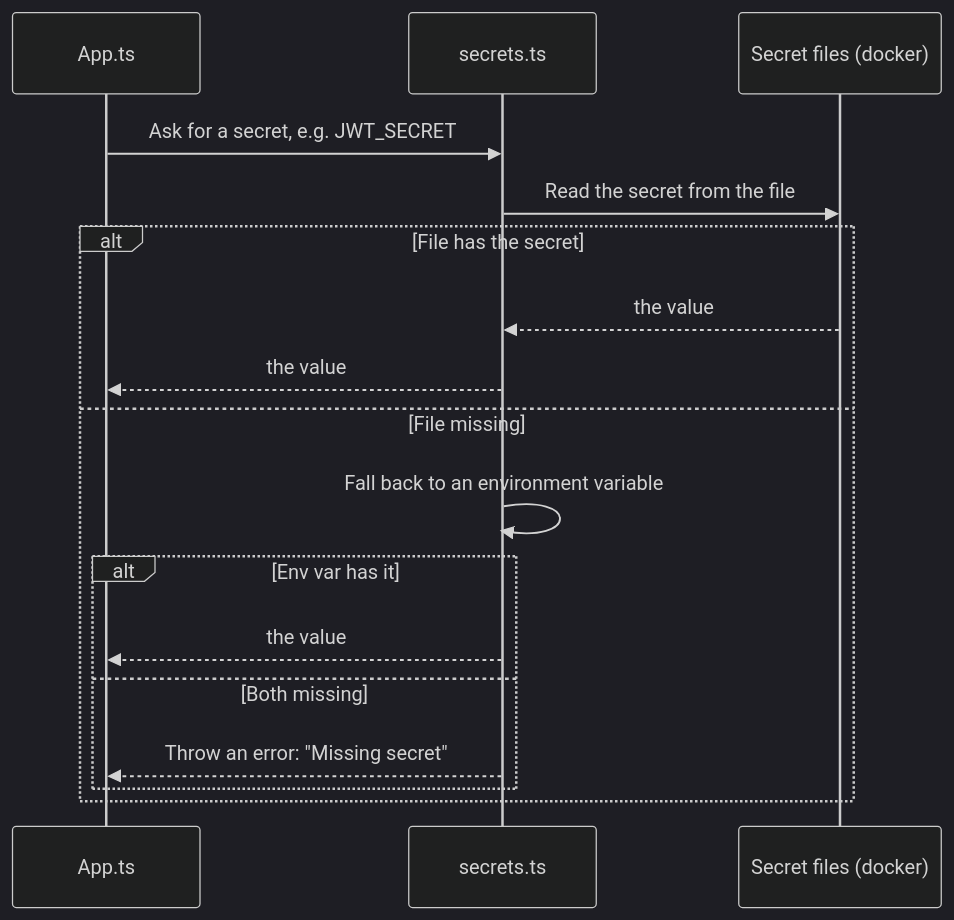
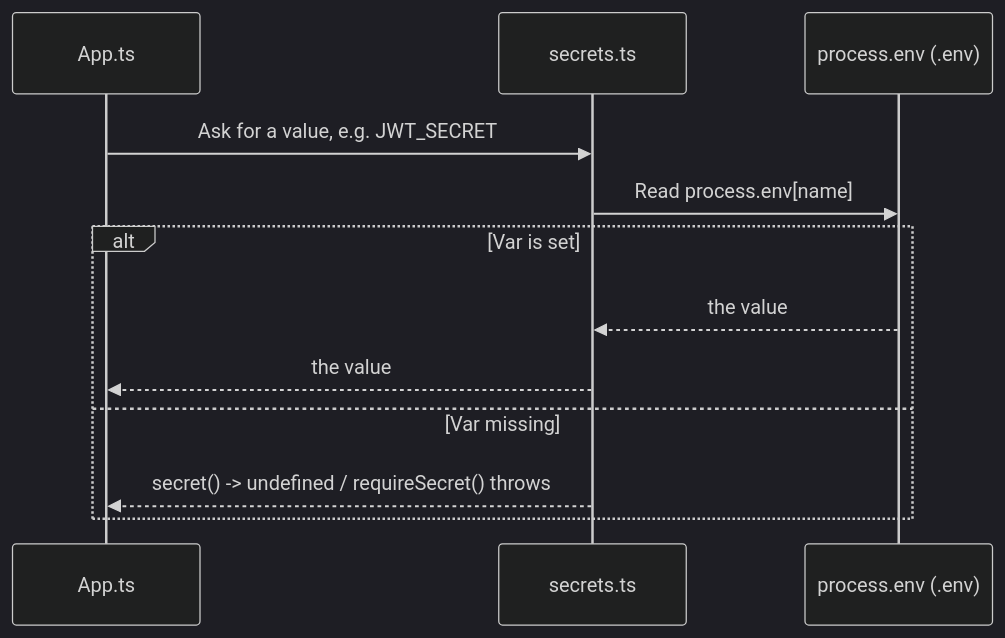
Before and after one commit to JaxzTan/ft_transcendence: the third of 4 diagrams in docs/backend/backend-app-bootstrap-system.md, drawn with Mermaid (dark theme). The commit also changed other lines of this file and 6 other files, not shown here.

````diff
--- a/docs/backend/backend-app-bootstrap-system.md
+++ b/docs/backend/backend-app-bootstrap-system.md
@@ -115,20 +115,15 @@
 ```mermaid
 sequenceDiagram
     participant App as App.ts
     participant Secrets as secrets.ts
-    participant Files as Secret files (docker)
+    participant Env as process.env (.env)
 
-    App->>Secrets: Ask for a secret, e.g. JWT_SECRET
-    Secrets->>Files: Read the secret from the file
-    alt File has the secret
-        Files-->>Secrets: the value
+    App->>Secrets: Ask for a value, e.g. JWT_SECRET
+    Secrets->>Env: Read process.env[name]
+    alt Var is set
+        Env-->>Secrets: the value
         Secrets-->>App: the value
-    else File missing
-        Secrets->>Secrets: Fall back to an environment variable
-        alt Env var has it
-            Secrets-->>App: the value
-        else Both missing
-            Secrets-->>App: Throw an error: "Missing secret"
-        end
+    else Var missing
+        Secrets-->>App: secret() -> undefined / requireSecret() throws
     end
 ```
````
